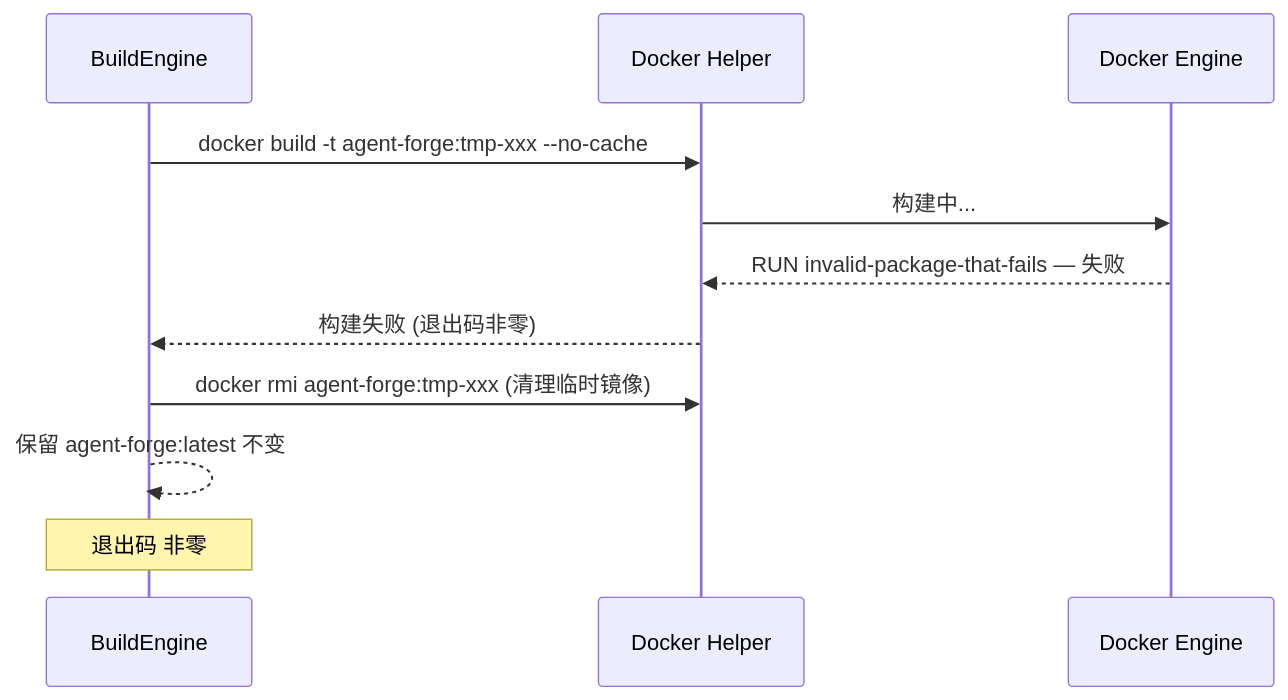
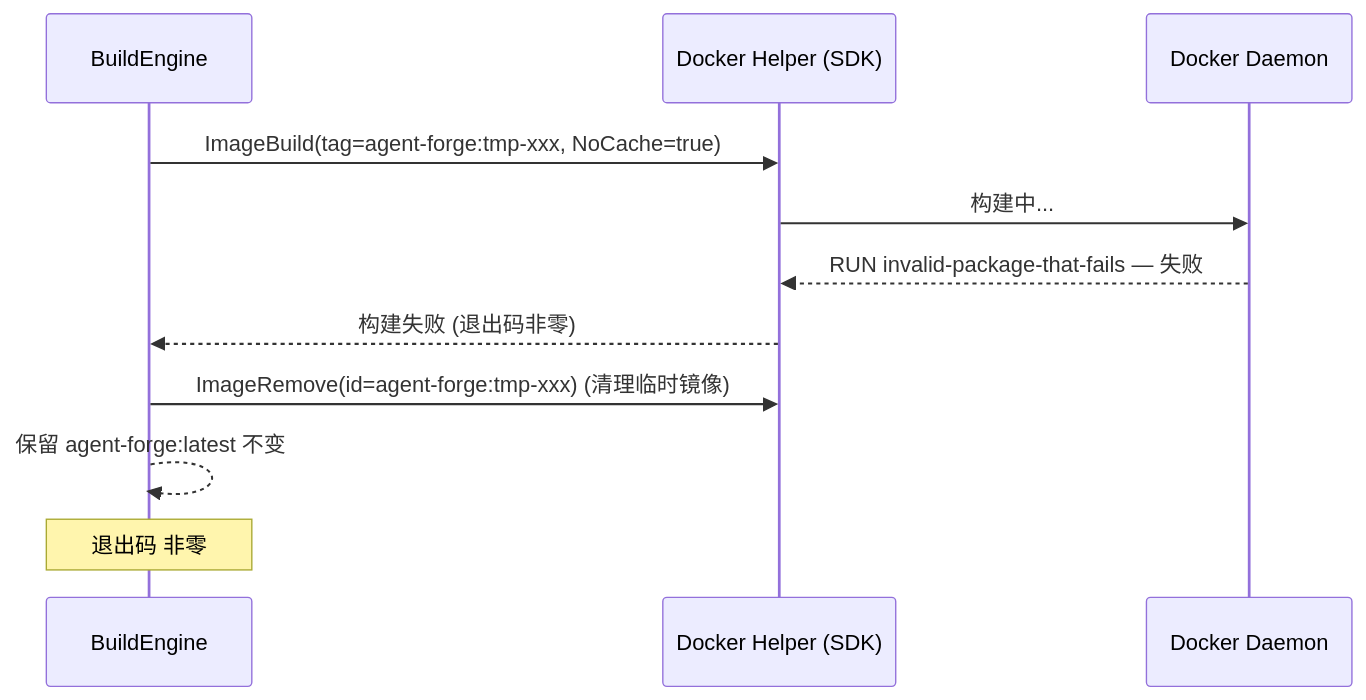
The sixth of 23 diagrams in docs/features/agent-forge/design.md (bianc2018/AgentForge), drawn with Mermaid before and after one commit. The commit also changed other lines of this file, not shown here.

First line of the commit message:
refactor: 设计文档 Docker CLI 全面迁移至 Docker SDK

````diff
--- a/docs/features/agent-forge/design.md
+++ b/docs/features/agent-forge/design.md
@@ -704,14 +703,14 @@
 ```mermaid
 sequenceDiagram
     participant BE as BuildEngine
-    participant DH as Docker Helper
-    participant DK as Docker Engine
+    participant DH as Docker Helper (SDK)
+    participant DK as Docker Daemon
 
-    BE->>DH: docker build -t agent-forge:tmp-xxx --no-cache
+    BE->>DH: ImageBuild(tag=agent-forge:tmp-xxx, NoCache=true)
     DH->>DK: 构建中...
     DK-->>DH: RUN invalid-package-that-fails — 失败
     DH-->>BE: 构建失败 (退出码非零)
-    BE->>DH: docker rmi agent-forge:tmp-xxx (清理临时镜像)
+    BE->>DH: ImageRemove(id=agent-forge:tmp-xxx) (清理临时镜像)
     BE-->>BE: 保留 agent-forge:latest 不变
     Note over BE: 退出码 非零
 ```
````
